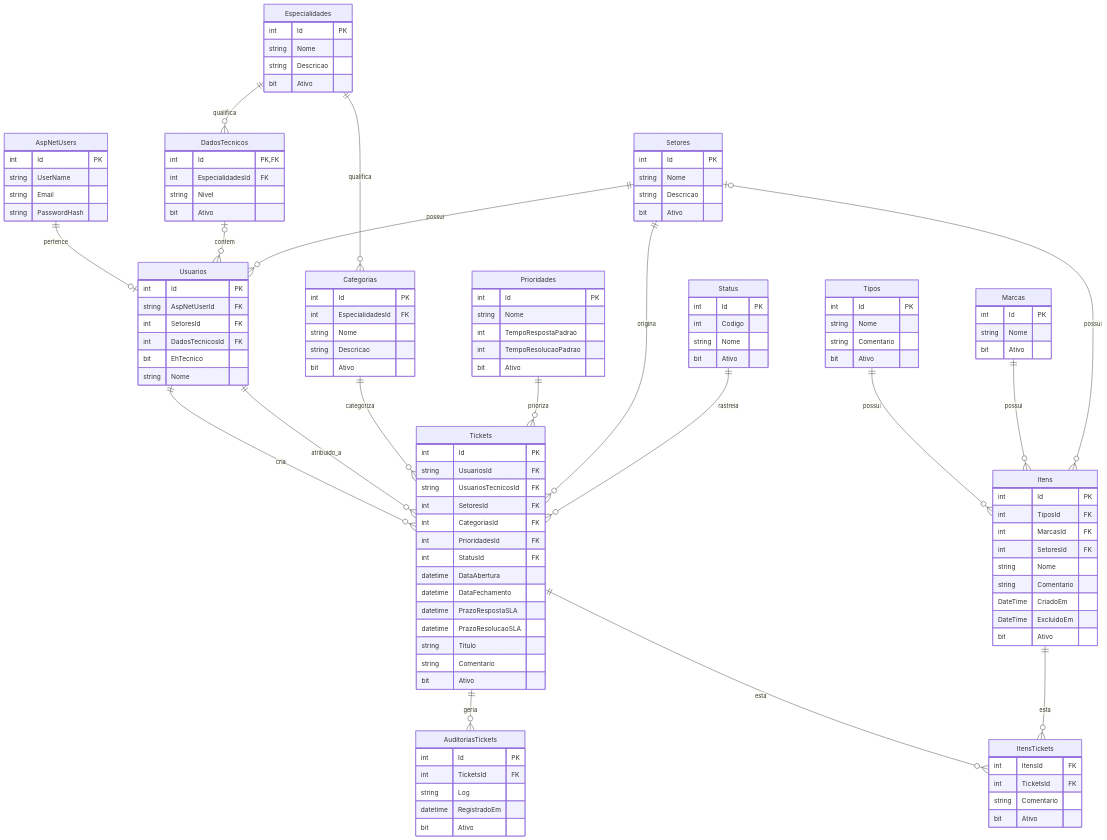
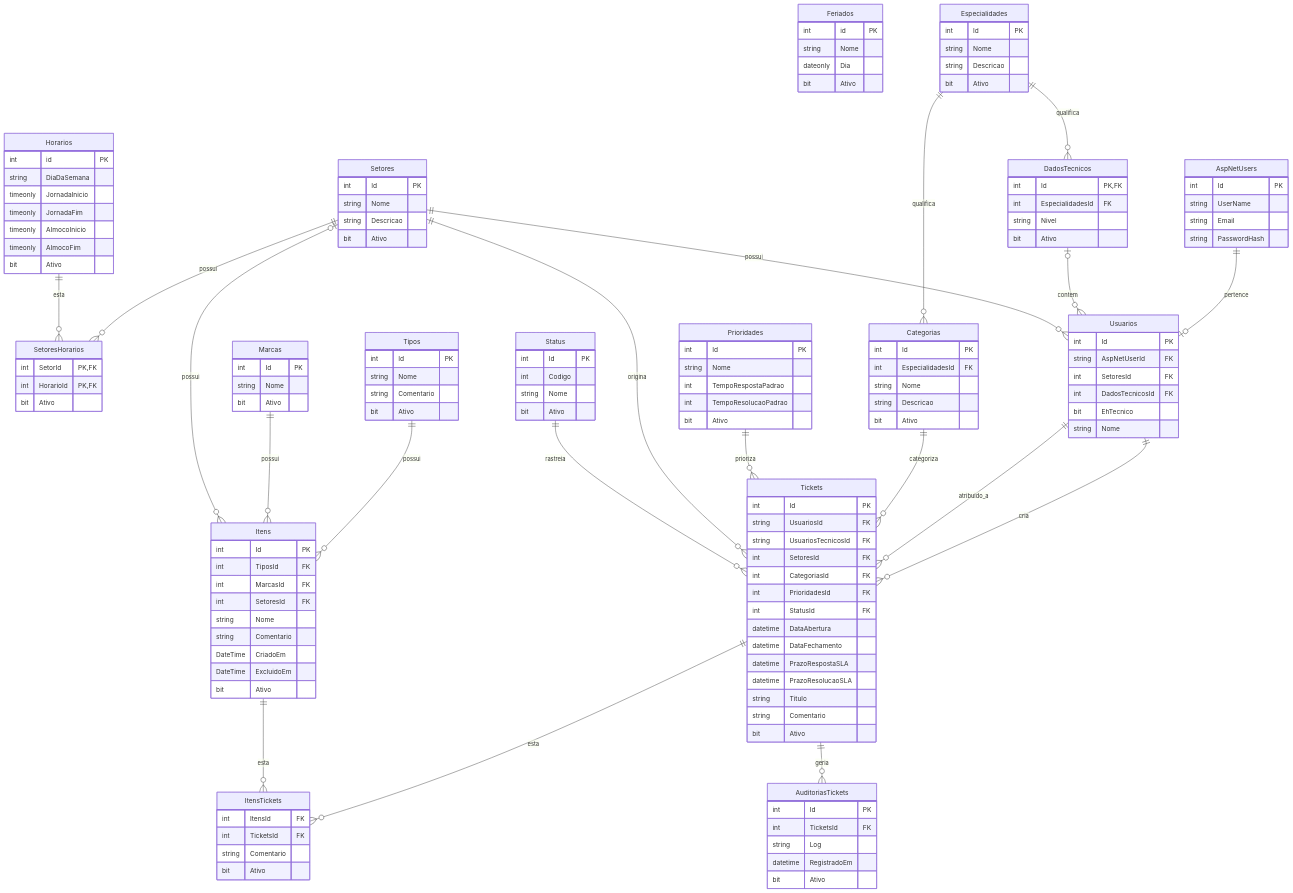
The diagram in ServiceOrder.md (agsfranco/ChamadosTi), drawn with Mermaid before and after one commit. The commit also changed 8 other files, not shown here.

````diff
--- a/ServiceOrder.md
+++ b/ServiceOrder.md
@@ -1,10 +1,35 @@
 ```mermaid
 erDiagram
+    %% Feriados
+    Feriados {
+        int id PK
+        string Nome
+        dateonly Dia
+        bit Ativo
+    }
+
+    %% horários de funcionamento dos Setores
+    Horarios {
+        int id PK
+        string DiaDaSemana
+        timeonly JornadaInicio
+        timeonly JornadaFim
+        timeonly AlmocoInicio
+        timeonly AlmocoFim
+        bit Ativo
+    }
+
     %% Setor da Empresa
     Setores {
-        int Id PK
+        int Id PK      
         string Nome
         string Descricao
+        bit Ativo
+    }
+
+    SetoresHorarios {
+        int SetorId PK, FK
+        int HorarioId PK, FK
         bit Ativo
     }
 
@@ -130,7 +155,9 @@
         bit Ativo
     }
 
-    %% Demais Relacionamentos
+    %% Relacionamentos
+    Setores || -- o{ SetoresHorarios : "possui"
+    Horarios || -- o{ SetoresHorarios : "esta"
     AspNetUsers ||--o| Usuarios : "pertence"
     DadosTecnicos o|--o{ Usuarios : "contem"    
     Setores ||--o{ Usuarios : "possui"
````
